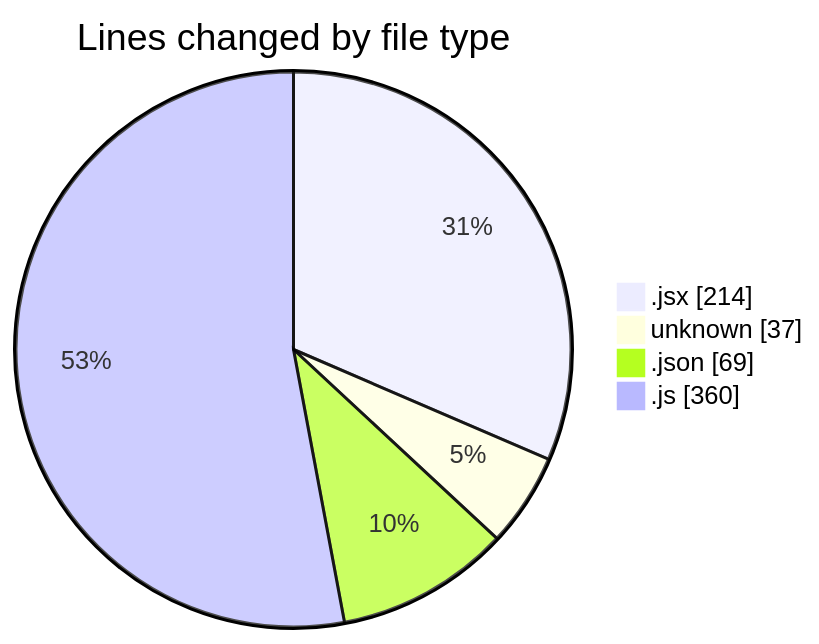
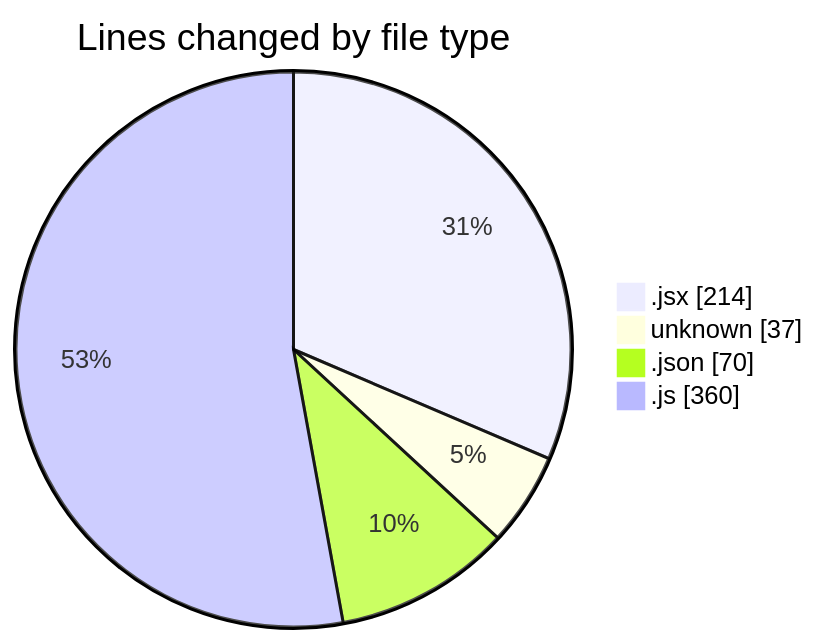
The first of 2 diagrams in 2025-02-08/react_ecom/README.md (Elitesun/code-tracking), drawn with Mermaid before and after one commit. The commit also changed other lines of this file and 1 other file, not shown here.

````diff
--- a/2025-02-08/react_ecom/README.md
+++ b/2025-02-08/react_ecom/README.md
@@ -24,8 +24,8 @@
 ```mermaid
 pie showData
 title Lines changed by file type
 ".jsx" : 214
 "unknown" : 37
-".json" : 69
+".json" : 70
 ".js" : 360
 ```
````
